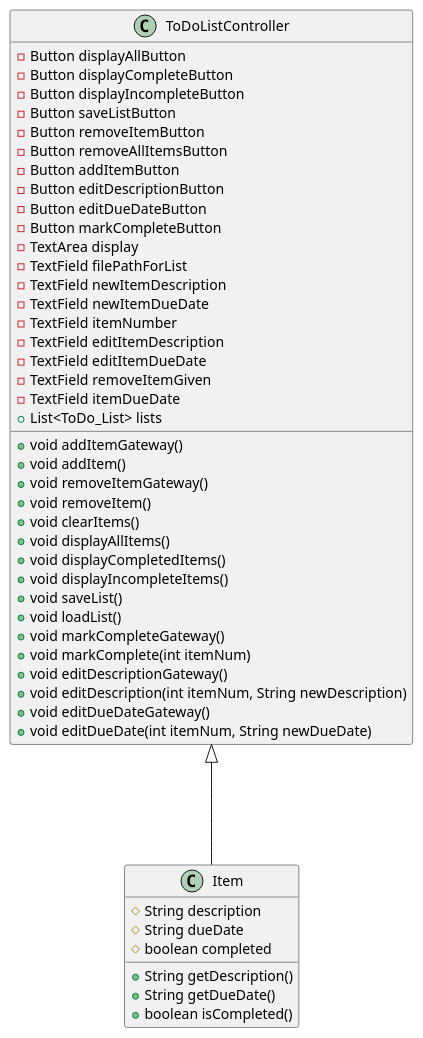
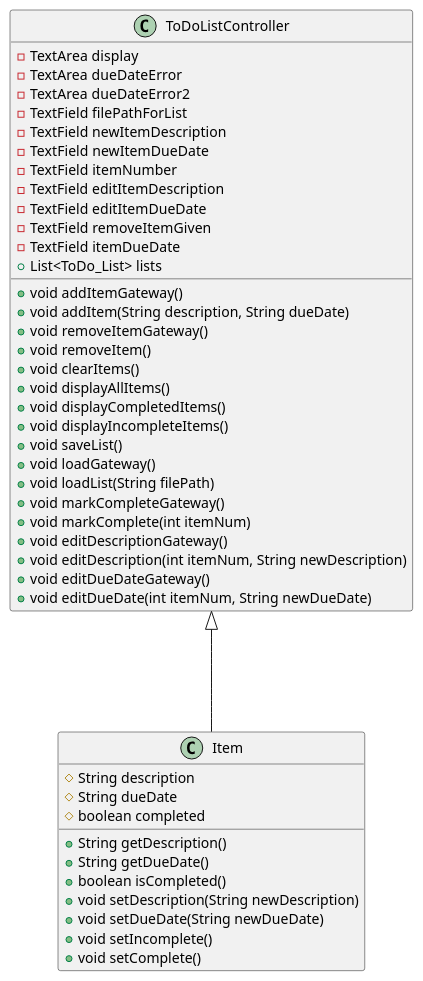
One commit to danielagd/gomez_dugan-cop3330-assignment4part2 changed the diagram in src/uml/ToDoListApp.puml. Above: the diagram before and after it, drawn with PlantUML. The commit also changed 4 other files, not shown here.

```diff
--- a/src/uml/ToDoListApp.puml
+++ b/src/uml/ToDoListApp.puml
@@ -1,52 +1,49 @@
 @startuml
 'https://plantuml.com/sequence-diagram
 
 class ToDoListController {
-    - Button displayAllButton
-    - Button displayCompleteButton
-    - Button displayIncompleteButton
-    - Button saveListButton
-    - Button removeItemButton
-    - Button removeAllItemsButton
-    - Button addItemButton
-    - Button editDescriptionButton
-    - Button editDueDateButton
-    - Button markCompleteButton
     - TextArea display
+    - TextArea dueDateError
+    - TextArea dueDateError2
     - TextField filePathForList
     - TextField newItemDescription
     - TextField newItemDueDate
     - TextField itemNumber
     - TextField editItemDescription
     - TextField editItemDueDate
     - TextField removeItemGiven
     - TextField itemDueDate
     + List<ToDo_List> lists
     + void addItemGateway()
-    + void addItem()
+    + void addItem(String description, String dueDate)
     + void removeItemGateway()
     + void removeItem()
     + void clearItems()
     + void displayAllItems()
     + void displayCompletedItems()
     + void displayIncompleteItems()
     + void saveList()
-    + void loadList()
+    + void loadGateway()
+    + void loadList(String filePath)
     + void markCompleteGateway()
     + void markComplete(int itemNum)
     + void editDescriptionGateway()
     + void editDescription(int itemNum, String newDescription)
     + void editDueDateGateway()
     + void editDueDate(int itemNum, String newDueDate)
 }
 class Item {
     # String description
     # String dueDate
     # boolean completed
     + String getDescription()
     + String getDueDate()
     + boolean isCompleted()
+    + void setDescription(String newDescription)
+    + void setDueDate(String newDueDate)
+    + void setIncomplete()
+    + void setComplete()
 }
 
 ToDoListController <|---Item
 @enduml
```
